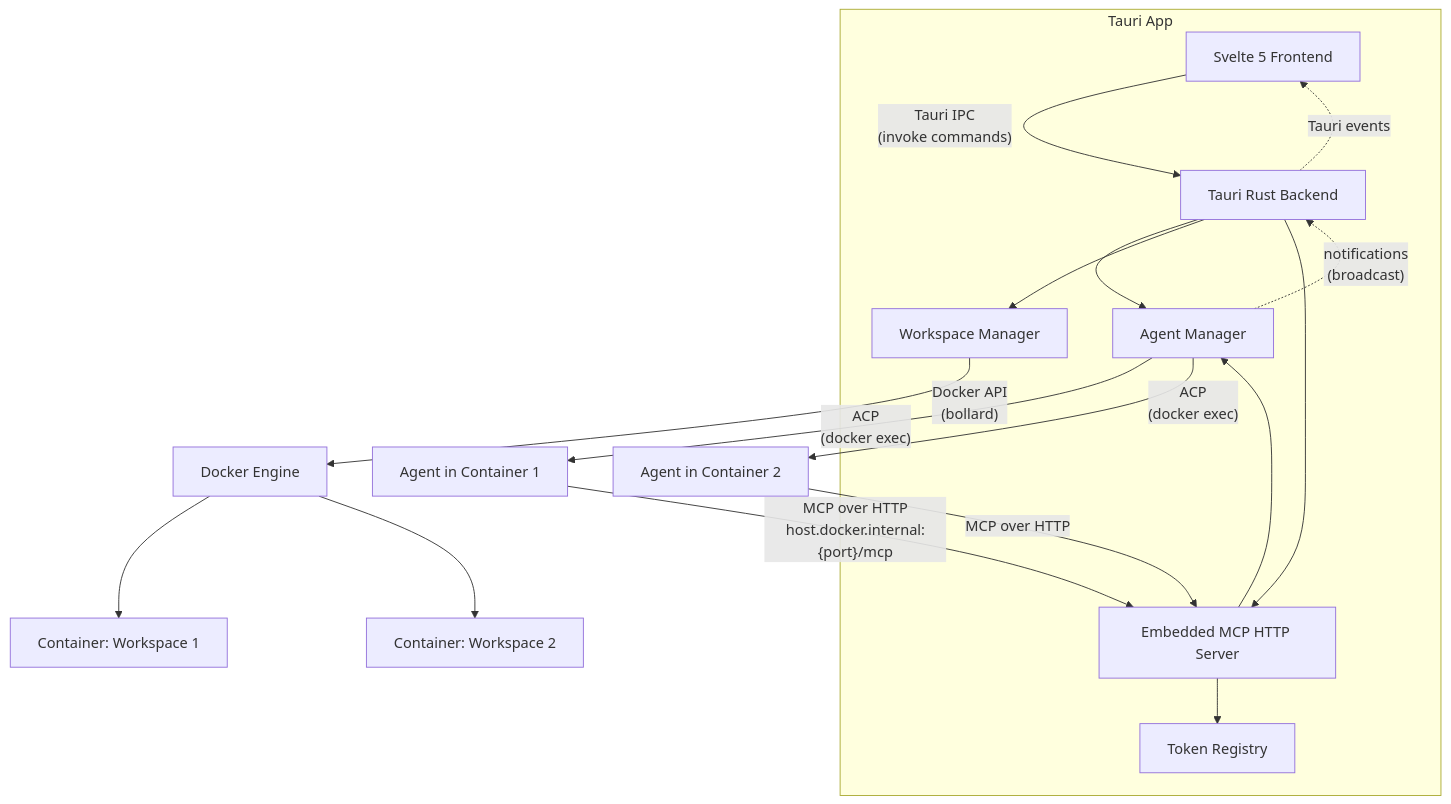
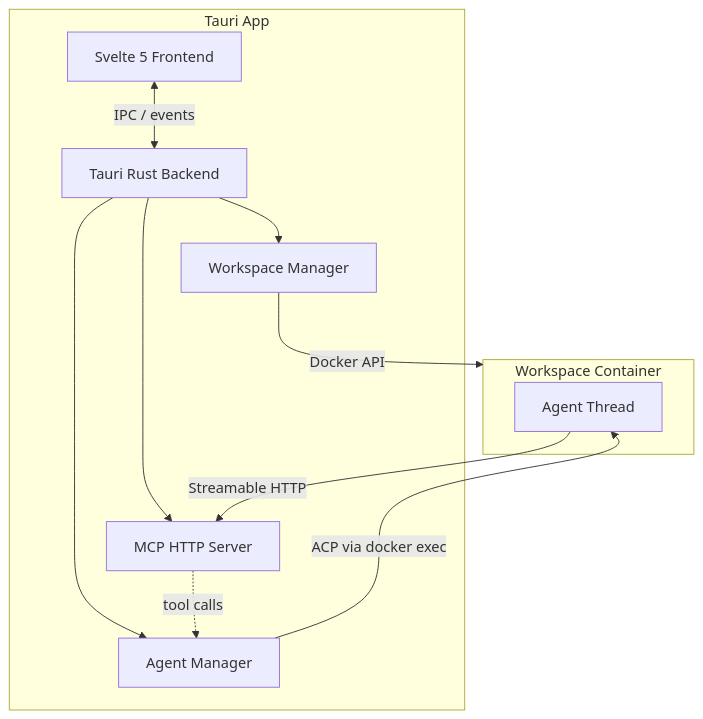
One commit to gallanoe/emergent changed the diagram in README.md. Above: the diagram before and after it, drawn with Mermaid. The commit also changed other lines of this file, not shown here.

Commit message:
docs: refresh architecture diagram

````diff
--- a/README.md
+++ b/README.md
@@ -22,31 +22,17 @@
 ```mermaid
 graph TD
-    subgraph Tauri App
-        UI[Svelte 5 Frontend]
-        TR[Tauri Rust Backend]
-        AM[Agent Manager]
-        WM[Workspace Manager]
-        HS[Embedded MCP HTTP Server]
-        TOK[Token Registry]
+    subgraph APP["Tauri App"]
+        UI[Svelte 5 Frontend] <-->|IPC / events| BE[Tauri Rust Backend]
+        BE --> WM[Workspace Manager] & AM[Agent Manager]
+        BE --> MCP[MCP HTTP Server]
+        MCP -.->|tool calls| AM
     end
 
-    UI -- "Tauri IPC<br/>(invoke commands)" --> TR
-    TR --> AM
-    TR --> WM
-    TR --> HS
-    HS --> TOK
+    subgraph WC["Workspace Container"]
+        AG[Agent Thread]
+    end
 
-    WM -- "Docker API<br/>(bollard)" --> D[Docker Engine]
-    D --> C1[Container: Workspace 1]
-    D --> C2[Container: Workspace 2]
-
-    AM -- "ACP<br/>(docker exec)" --> A1[Agent in Container 1]
-    AM -- "ACP<br/>(docker exec)" --> A2[Agent in Container 2]
-
-    AM -. "notifications<br/>(broadcast)" .-> TR
-    TR -. "Tauri events" .-> UI
-
-    A1 -- "MCP over HTTP<br/>host.docker.internal:{port}/mcp" --> HS
-    A2 -- "MCP over HTTP" --> HS
-    HS --> AM
+    WM -->|Docker API| WC
+    AM -->|ACP via docker exec| AG
+    AG -->|Streamable HTTP| MCP
 ```
````
